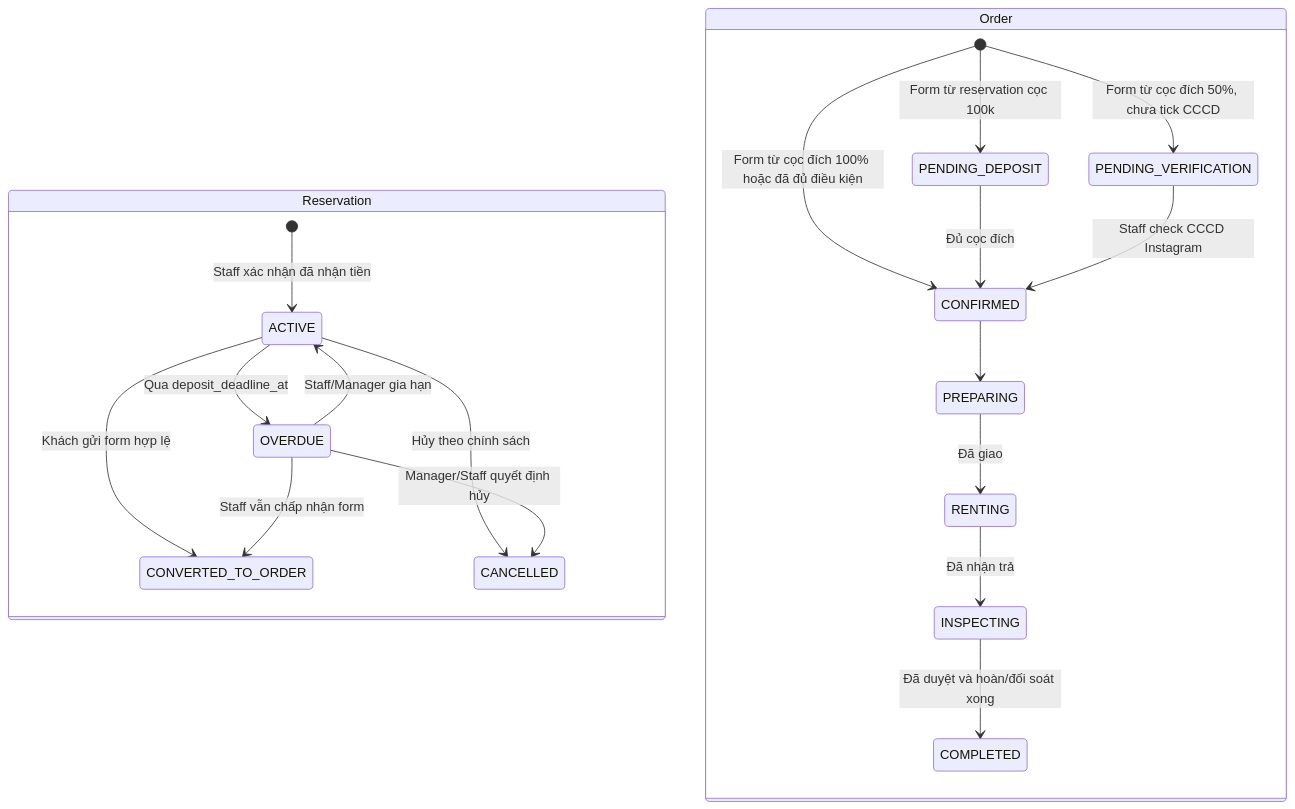
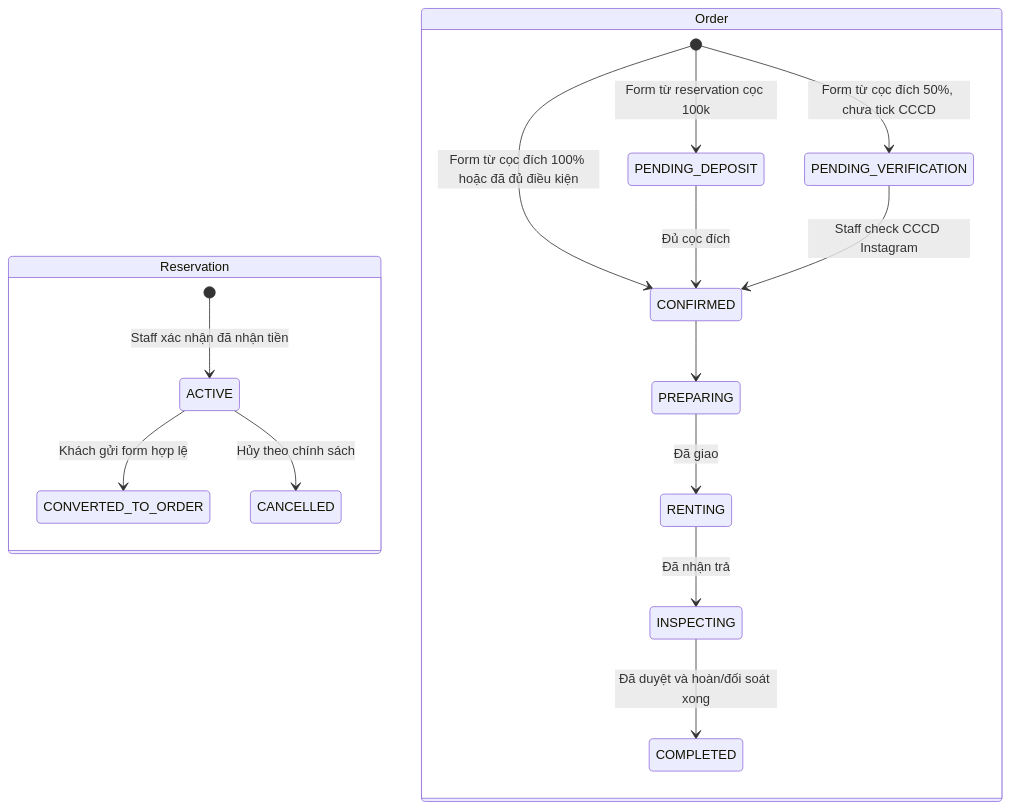
One commit to Nam1305/AuraRental changed the second of 3 diagrams in design/DESIGN.md. Above: the diagram before and after it, drawn with Mermaid. The commit also changed other lines of this file and 31 other files, not shown here.

First line of the commit message:
Refactor reservation management: remove deposit deadline handling and overdue status

````diff
--- a/design/DESIGN.md
+++ b/design/DESIGN.md
@@ -102,24 +102,20 @@
 ```mermaid
 stateDiagram-v2
     state "Reservation" as reservation {
       [*] --> ACTIVE: Staff xác nhận đã nhận tiền
-      ACTIVE --> OVERDUE: Qua deposit_deadline_at
-      OVERDUE --> ACTIVE: Staff/Manager gia hạn
       ACTIVE --> CONVERTED_TO_ORDER: Khách gửi form hợp lệ
-      OVERDUE --> CONVERTED_TO_ORDER: Staff vẫn chấp nhận form
       ACTIVE --> CANCELLED: Hủy theo chính sách
-      OVERDUE --> CANCELLED: Manager/Staff quyết định hủy
     }
 
     state "Order" as order {
       [*] --> PENDING_DEPOSIT: Form từ reservation cọc 100k
       [*] --> PENDING_VERIFICATION: Form từ cọc đích 50%, chưa tick CCCD
       [*] --> CONFIRMED: Form từ cọc đích 100% hoặc đã đủ điều kiện
       PENDING_DEPOSIT --> CONFIRMED: Đủ cọc đích
       PENDING_VERIFICATION --> CONFIRMED: Staff check CCCD Instagram
       CONFIRMED --> PREPARING
       PREPARING --> RENTING: Đã giao
       RENTING --> INSPECTING: Đã nhận trả
       INSPECTING --> COMPLETED: Đã duyệt và hoàn/đối soát xong
     }
 ```
````
